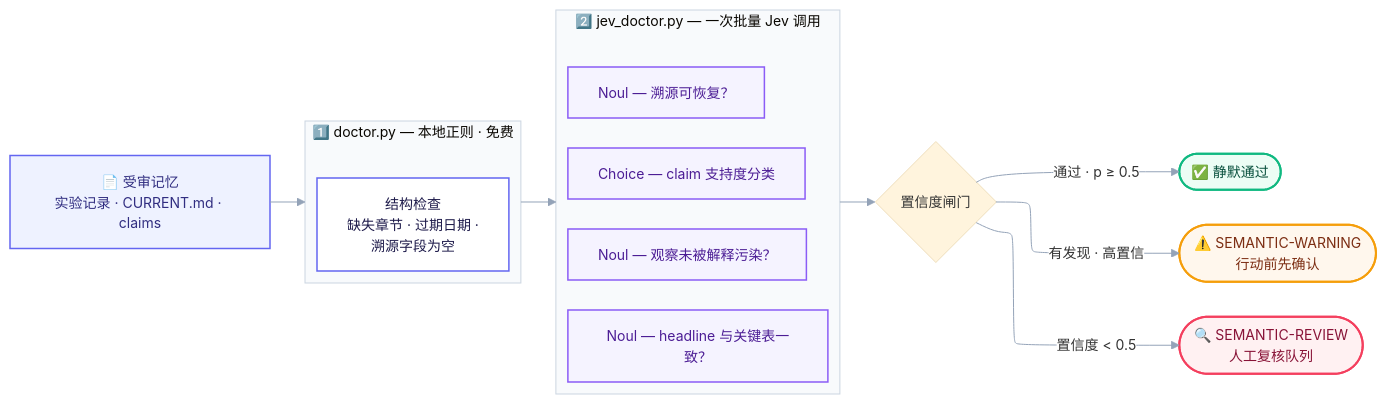
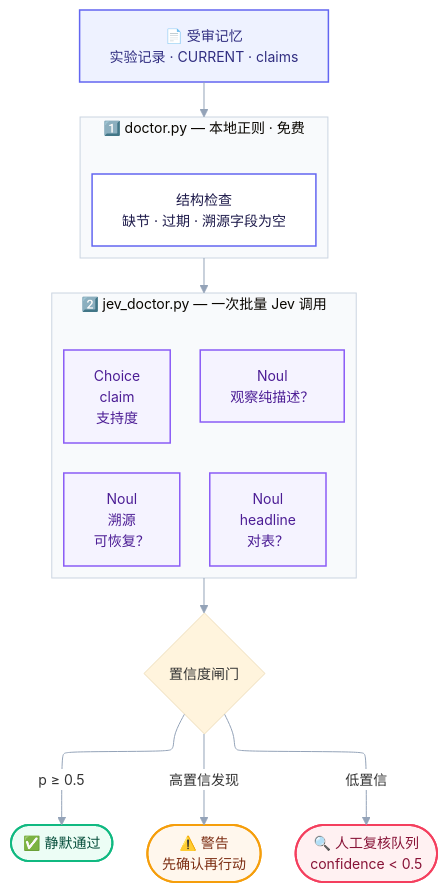
The second of 2 diagrams in README.zh-CN.md (poiuyjie/jev_project_context), drawn with Mermaid before and after one commit. The commit also changed 1 other file, not shown here.

Commit message:
Audit diagram: vertical top-down flow, compact one-row question cards, shorter labels

````diff
--- a/README.zh-CN.md
+++ b/README.zh-CN.md
@@ -45,33 +45,32 @@
 ```mermaid
-flowchart LR
+flowchart TB
     %%{init: {"flowchart":{"defaultRenderer":"elk"},"theme":"base","themeVariables":{"fontFamily":"Inter, ui-sans-serif, system-ui, sans-serif","fontSize":"14px","clusterBkg":"#F8FAFC","clusterBorder":"#CBD5E1","lineColor":"#94A3B8","edgeLabelBackground":"#FFFFFF"}}}%%
 
-    src["📄 受审记忆<br/>实验记录 · CURRENT.md · claims"]:::c1
+    src["📄 受审记忆<br/>实验记录 · CURRENT · claims"]:::c1 --> L1
 
     subgraph L1["1️⃣ doctor.py — 本地正则 · 免费"]
-        r1["结构检查<br/>缺失章节 · 过期日期 ·<br/>溯源字段为空"]:::c2
+        r1["结构检查<br/>缺节 · 过期 · 溯源字段为空"]:::c2
     end
 
+    L1 --> L2
+
     subgraph L2["2️⃣ jev_doctor.py — 一次批量 Jev 调用"]
-        direction TB
-        q1["Noul — 溯源可恢复？"]:::c3
-        q2["Noul — headline 与关键表一致？"]:::c3
-        q3["Noul — 观察未被解释污染？"]:::c3
-        q4["Choice — claim 支持度分类"]:::c3
+        direction LR
+        q1["Noul<br/>溯源<br/>可恢复？"]:::c3
+        q2["Noul<br/>headline<br/>对表？"]:::c3
+        q3["Noul<br/>观察纯描述？"]:::c3
+        q4["Choice<br/>claim<br/>支持度"]:::c3
     end
 
-    src --> L1
-    L1 --> L2
-
     L2 --> gate{"置信度闸门"}
-    gate -->|"通过 · p ≥ 0.5"| ok(["✅ 静默通过"]):::okc
-    gate -->|"有发现 · 高置信"| warn(["⚠️ SEMANTIC-WARNING<br/>行动前先确认"]):::warnc
-    gate -->|"置信度 < 0.5"| rev(["🔍 SEMANTIC-REVIEW<br/>人工复核队列"]):::revc
+    gate -->|p ≥ 0.5| ok(["✅ 静默通过"]):::okc
+    gate -->|高置信发现| warn(["⚠️ 警告<br/>先确认再行动"]):::warnc
+    gate -->|低置信| rev(["🔍 人工复核队列<br/>confidence < 0.5"]):::revc
 
     classDef c1 fill:#EEF2FF,stroke:#6366F1,stroke-width:1.5px,color:#312E81;
     classDef c2 fill:#FFFFFF,stroke:#6366F1,stroke-width:1.5px,color:#1E1B4B;
     classDef c3 fill:#F5F3FF,stroke:#8B5CF6,stroke-width:1.5px,color:#4C1D95;
     classDef okc fill:#ECFDF5,stroke:#10B981,stroke-width:2px,color:#064E3B;
     classDef warnc fill:#FFF7ED,stroke:#F59E0B,stroke-width:2px,color:#7C2D12;
     classDef revc fill:#FFF1F2,stroke:#F43F5E,stroke-width:2px,color:#881337;
 ```
````
